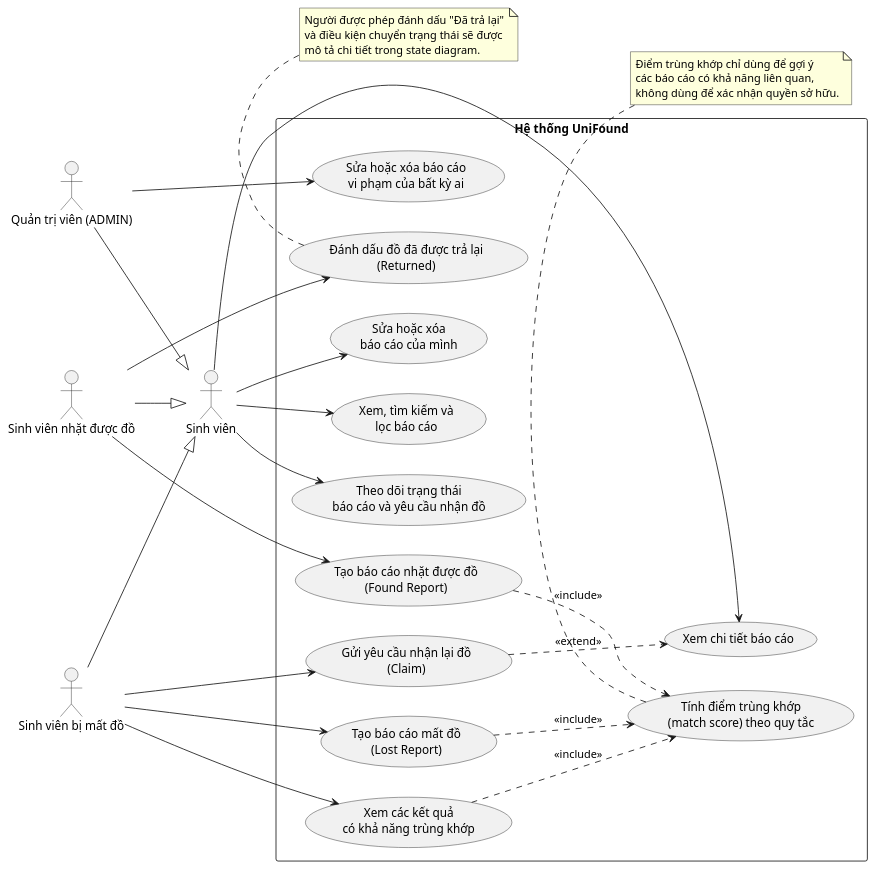
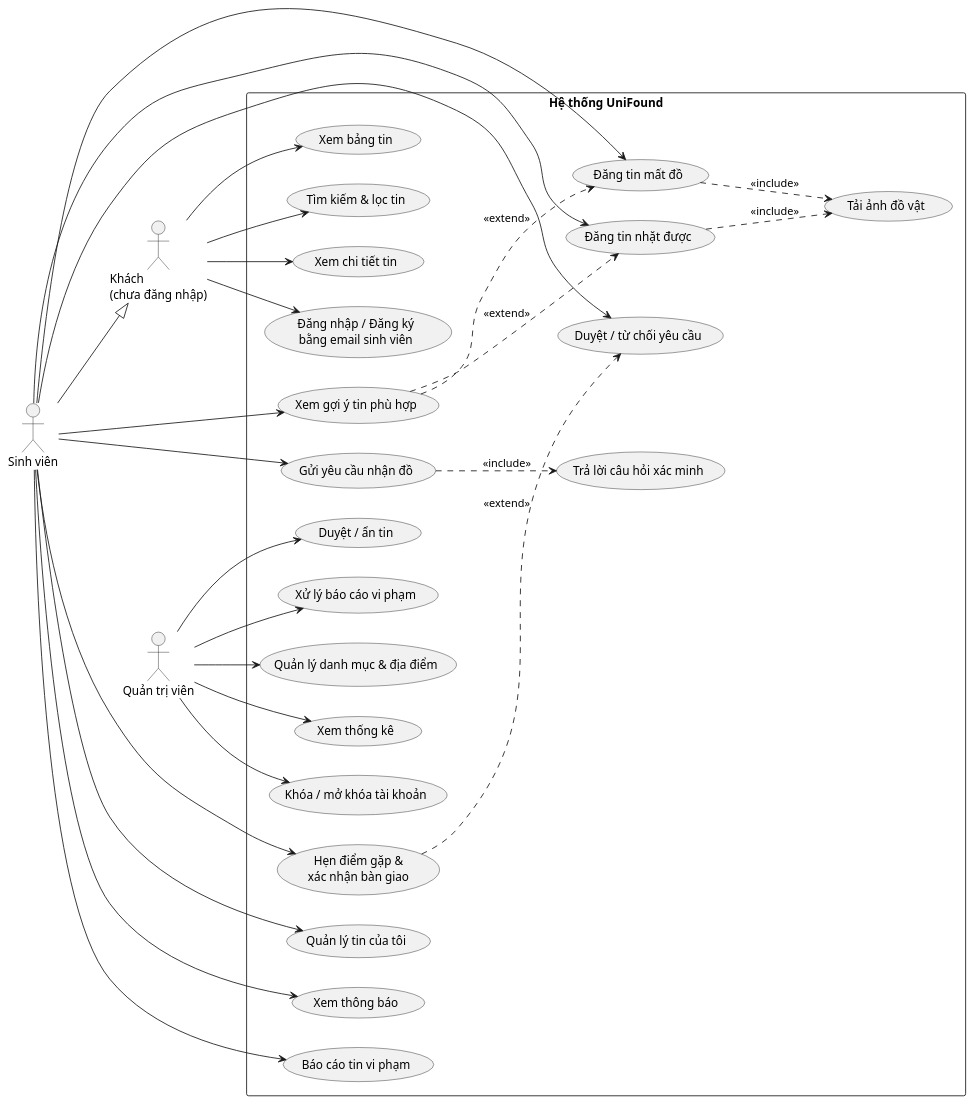
The diagram in docs/02_reports/assets/use_case_diagram.puml (JohnnyPhan1712/unifound), drawn with PlantUML before and after one commit. The commit also changed other lines of this file and 32 other files, not shown here.

```diff
--- a/docs/02_reports/assets/use_case_diagram.puml
+++ b/docs/02_reports/assets/use_case_diagram.puml
@@ -2,64 +1,66 @@
 @startuml UniFoundUseCase
 left to right direction
+skinparam packageStyle rectangle
 skinparam shadowing false
-skinparam packageStyle rectangle
 
-actor "Sinh viên" as Student
-actor "Sinh viên bị mất đồ" as Loser
-actor "Sinh viên nhặt được đồ" as Finder
-actor "Quản trị viên (ADMIN)" as Admin
+actor "Khách\n(chưa đăng nhập)" as KH
+actor "Sinh viên" as SV
+actor "Quản trị viên" as AD
 
-Loser --|> Student
-Finder --|> Student
-Admin --|> Student
+SV --|> KH
 
 rectangle "Hệ thống UniFound" {
-  usecase "Xem, tìm kiếm và\nlọc báo cáo" as UC_Browse
-  usecase "Xem chi tiết báo cáo" as UC_Detail
+  usecase "Xem bảng tin" as UC01
+  usecase "Tìm kiếm & lọc tin" as UC02
+  usecase "Xem chi tiết tin" as UC03
+  usecase "Đăng nhập / Đăng ký\nbằng email sinh viên" as UC04
 
-  usecase "Tạo báo cáo mất đồ\n(Lost Report)" as UC_CreateLost
-  usecase "Tạo báo cáo nhặt được đồ\n(Found Report)" as UC_CreateFound
+  usecase "Đăng tin mất đồ" as UC05
+  usecase "Đăng tin nhặt được" as UC06
+  usecase "Tải ảnh đồ vật" as UC07
+  usecase "Xem gợi ý tin phù hợp" as UC08
 
-  usecase "Xem các kết quả\ncó khả năng trùng khớp" as UC_Matches
-  usecase "Gửi yêu cầu nhận lại đồ\n(Claim)" as UC_Claim
+  usecase "Gửi yêu cầu nhận đồ" as UC09
+  usecase "Trả lời câu hỏi xác minh" as UC10
+  usecase "Duyệt / từ chối yêu cầu" as UC11
+  usecase "Hẹn điểm gặp &\nxác nhận bàn giao" as UC12
 
-  usecase "Theo dõi trạng thái\nbáo cáo và yêu cầu nhận đồ" as UC_Track
-  usecase "Đánh dấu đồ đã được trả lại\n(Returned)" as UC_Returned
+  usecase "Quản lý tin của tôi" as UC13
+  usecase "Xem thông báo" as UC14
+  usecase "Báo cáo tin vi phạm" as UC15
 
-  usecase "Sửa hoặc xóa\nbáo cáo của mình" as UC_ManageOwn
-  usecase "Sửa hoặc xóa báo cáo\nvi phạm của bất kỳ ai" as UC_ManageAny
-
-  usecase "Tính điểm trùng khớp\n(match score) theo quy tắc" as UC_Score
+  usecase "Duyệt / ẩn tin" as UC16
+  usecase "Xử lý báo cáo vi phạm" as UC17
+  usecase "Quản lý danh mục & địa điểm" as UC18
+  usecase "Xem thống kê" as UC19
+  usecase "Khóa / mở khóa tài khoản" as UC20
 }
 
-Student --> UC_Browse
-Student --> UC_Detail
-Student --> UC_Track
-Student --> UC_ManageOwn
-Admin --> UC_ManageAny
+KH --> UC01
+KH --> UC02
+KH --> UC03
+KH --> UC04
 
-Loser --> UC_CreateLost
-Loser --> UC_Matches
-Loser --> UC_Claim
+SV --> UC05
+SV --> UC06
+SV --> UC08
+SV --> UC09
+SV --> UC11
+SV --> UC12
+SV --> UC13
+SV --> UC14
+SV --> UC15
 
-Finder --> UC_CreateFound
-Finder --> UC_Returned
+UC05 ..> UC07 : <<include>>
+UC06 ..> UC07 : <<include>>
+UC09 ..> UC10 : <<include>>
+UC08 ..> UC05 : <<extend>>
+UC08 ..> UC06 : <<extend>>
+UC12 ..> UC11 : <<extend>>
 
-UC_CreateLost ..> UC_Score : <<include>>
-UC_CreateFound ..> UC_Score : <<include>>
-UC_Matches ..> UC_Score : <<include>>
-UC_Claim ..> UC_Detail : <<extend>>
-
-note bottom of UC_Score
-  Điểm trùng khớp chỉ dùng để gợi ý
-  các báo cáo có khả năng liên quan,
-  không dùng để xác nhận quyền sở hữu.
-end note
-
-note bottom of UC_Returned
-  Người được phép đánh dấu "Đã trả lại"
-  và điều kiện chuyển trạng thái sẽ được 
-  mô tả chi tiết trong state diagram.
-end note
-
+AD --> UC16
+AD --> UC17
+AD --> UC18
+AD --> UC19
+AD --> UC20
 @enduml
```
